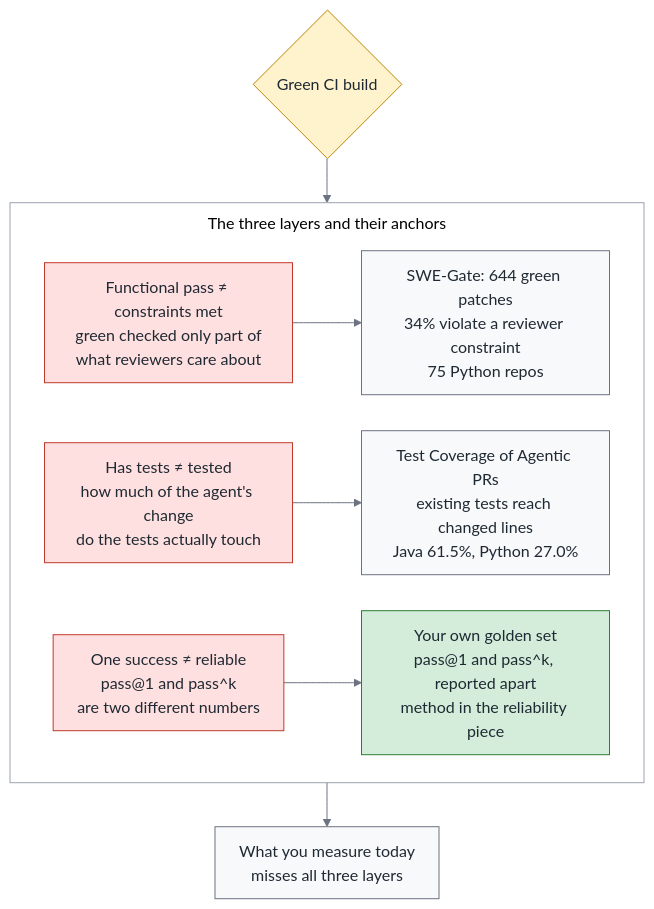
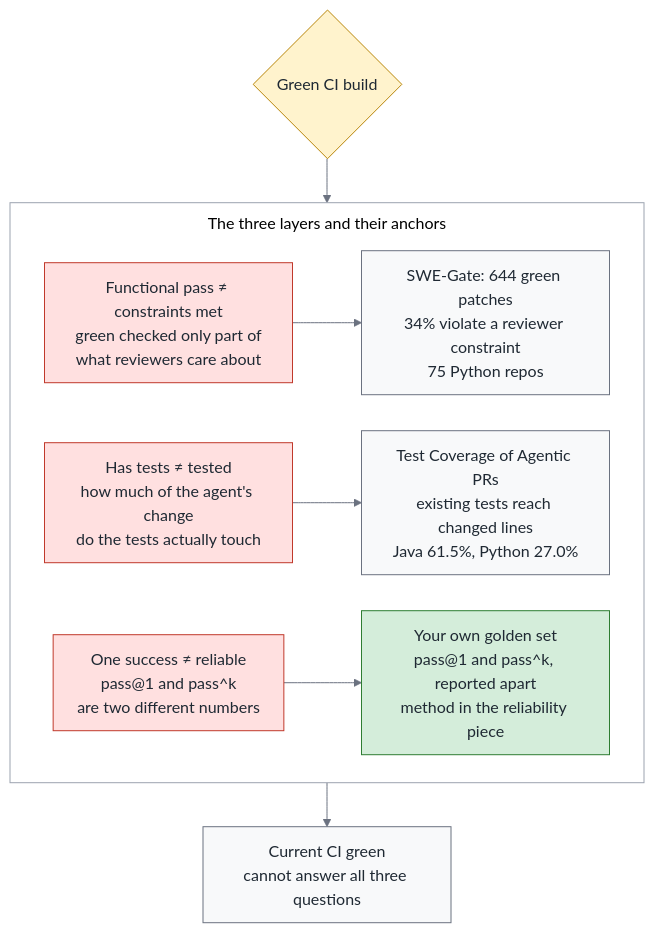
One commit to fantasybz/medium-articles changed the second of 10 diagrams in 2026-10-green-overview/article.en.md. Above: the diagram before and after it, drawn with Mermaid. The commit also changed other lines of this file and 93 other files, not shown here.

````diff
--- a/2026-10-green-overview/article.en.md
+++ b/2026-10-green-overview/article.en.md
@@ -143,43 +143,43 @@
 ```mermaid
 ---
 config:
   theme: base
   themeVariables:
     fontSize: 16px
     primaryColor: "#f8f9fa"
     primaryTextColor: "#1f2933"
     primaryBorderColor: "#6b7280"
     lineColor: "#6b7280"
     secondaryColor: "#f8f9fa"
     tertiaryColor: "#ffffff"
     clusterBkg: "#ffffff"
     clusterBorder: "#9ca3af"
     edgeLabelBackground: "#ffffff"
   flowchart:
     nodeSpacing: 36
     rankSpacing: 44
     padding: 12
     htmlLabels: true
     subGraphTitleMargin:
       top: 8
       bottom: 12
     curve: basis
 ---
 flowchart TB
     classDef own fill:#d4edda,stroke:#2e7d32,color:#1f2933
     classDef buy fill:#fff3cd,stroke:#b8860b,color:#1f2933
     classDef bad fill:#ffe0e0,stroke:#c0392b,color:#1f2933
     classDef human fill:#e3f2fd,stroke:#1565c0,color:#1f2933
     G{"Green CI build"}
     subgraph layers["The three layers and their anchors"]
         direction LR
         L1["Functional pass ≠ constraints met<br/>green checked only part of<br/>what reviewers care about"] --> S1["SWE-Gate: 644 green patches<br/>34% violate a reviewer constraint<br/>75 Python repos"]
         L2["Has tests ≠ tested<br/>how much of the agent's change<br/>do the tests actually touch"] --> S2["Test Coverage of Agentic PRs<br/>existing tests reach changed lines<br/>Java 61.5%, Python 27.0%"]
         L3["One success ≠ reliable<br/>pass@1 and pass^k<br/>are two different numbers"] --> S3["Your own golden set<br/>pass@1 and pass^k, reported apart<br/>method in the reliability piece"]
     end
     G --> layers
-    layers --> C["What you measure today<br/>misses all three layers"]
+    layers --> C["Current CI green<br/>cannot answer all three questions"]
     class G buy
     class L1,L2,L3 bad
     class S3 own
 ```
````
